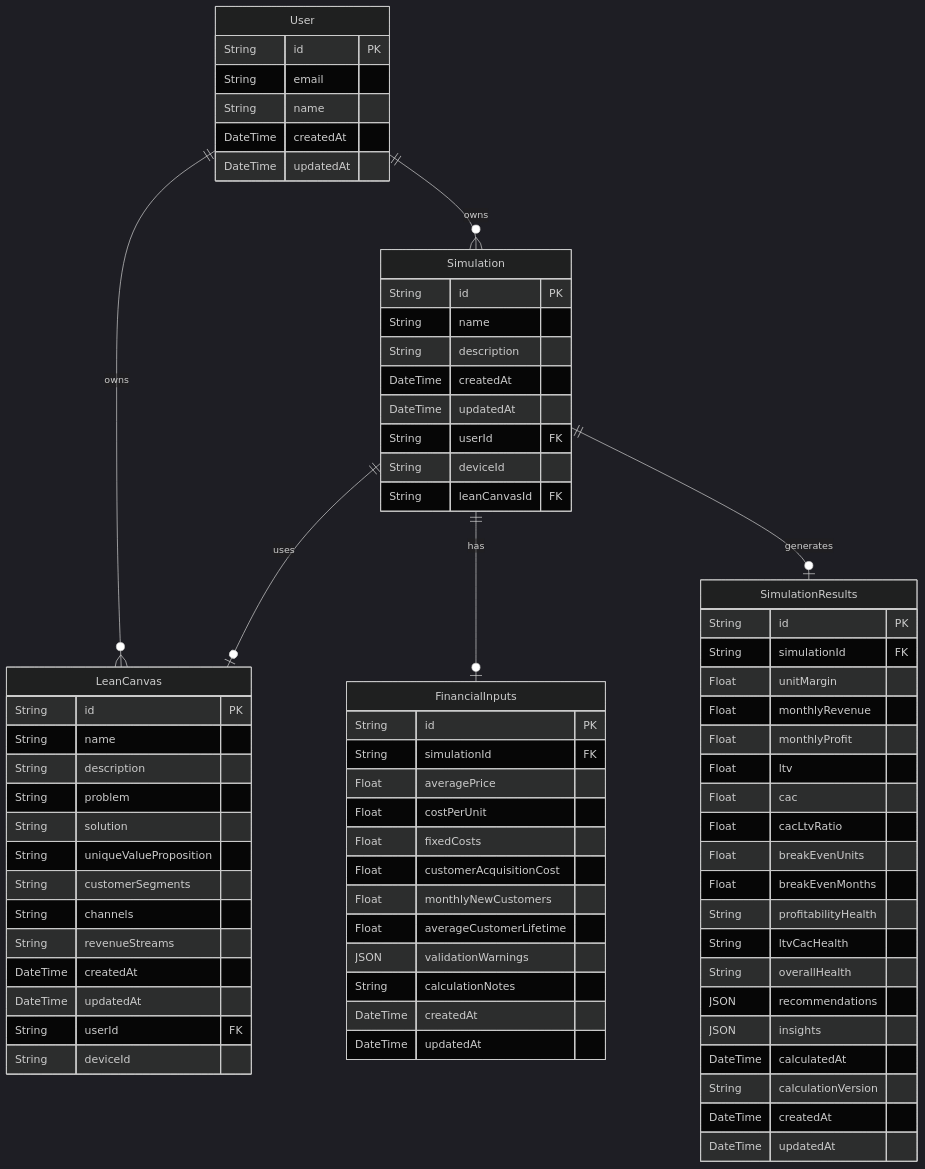
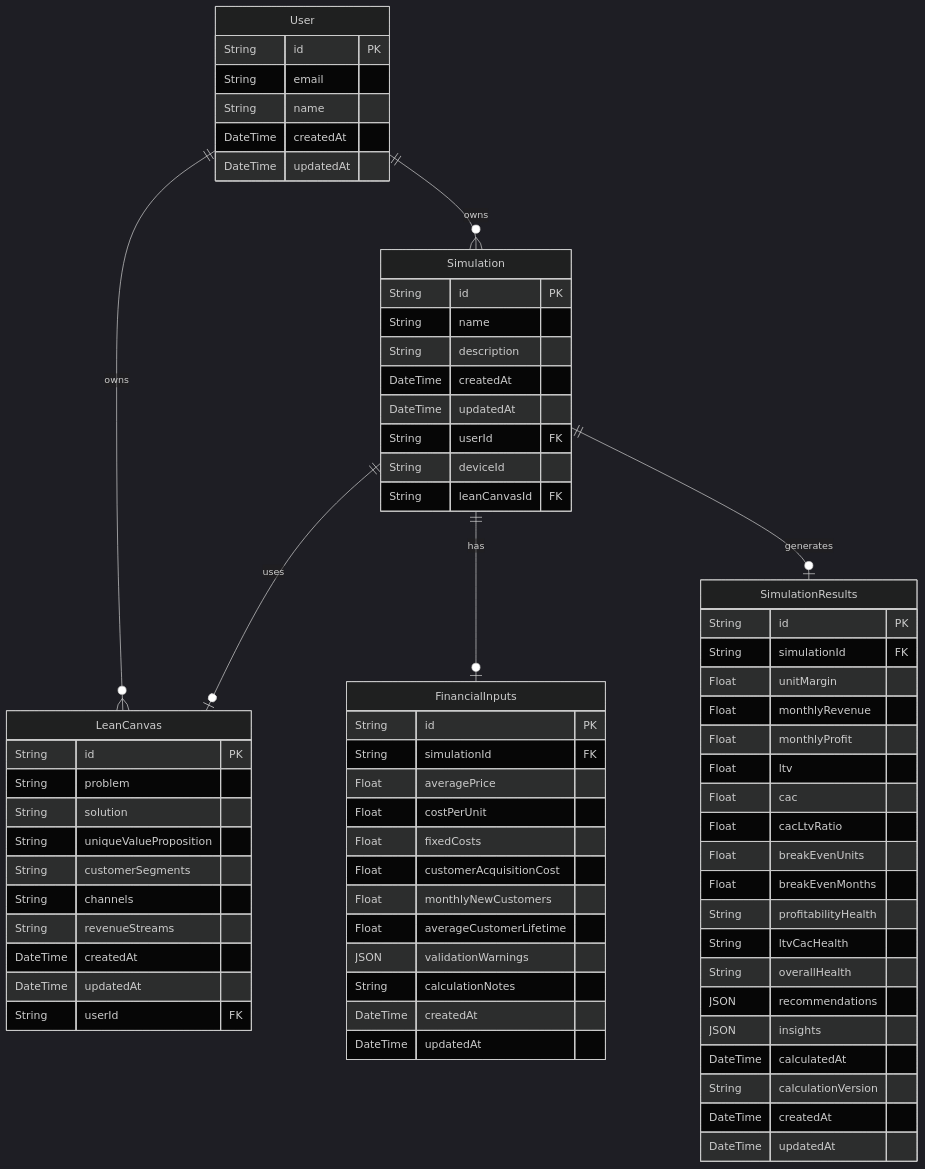
One commit to javiSBP/AI4Devs-finalproject changed the diagram in docs/technical/Data-Model.md. Above: the diagram before and after it, drawn with Mermaid (dark theme). The commit also changed other lines of this file, not shown here.

````diff
--- a/docs/technical/Data-Model.md
+++ b/docs/technical/Data-Model.md
@@ -17,81 +19,78 @@
 ```mermaid
 erDiagram
     User {
         String id PK
         String email
         String name
         DateTime createdAt
         DateTime updatedAt
     }
 
     Simulation {
         String id PK
         String name
         String description
         DateTime createdAt
         DateTime updatedAt
         String userId FK
         String deviceId
         String leanCanvasId FK
     }
 
     LeanCanvas {
         String id PK
-        String name
-        String description
         String problem
         String solution
         String uniqueValueProposition
         String customerSegments
         String channels
         String revenueStreams
         DateTime createdAt
         DateTime updatedAt
         String userId FK
-        String deviceId
     }
 
     FinancialInputs {
         String id PK
         String simulationId FK
         Float averagePrice
         Float costPerUnit
         Float fixedCosts
         Float customerAcquisitionCost
         Float monthlyNewCustomers
         Float averageCustomerLifetime
         JSON validationWarnings
         String calculationNotes
         DateTime createdAt
         DateTime updatedAt
     }
 
     SimulationResults {
         String id PK
         String simulationId FK
         Float unitMargin
         Float monthlyRevenue
         Float monthlyProfit
         Float ltv
         Float cac
         Float cacLtvRatio
         Float breakEvenUnits
         Float breakEvenMonths
         String profitabilityHealth
         String ltvCacHealth
         String overallHealth
         JSON recommendations
         JSON insights
         DateTime calculatedAt
         String calculationVersion
         DateTime createdAt
         DateTime updatedAt
     }
 
     User ||--o{ Simulation : "owns"
     User ||--o{ LeanCanvas : "owns"
     Simulation ||--o| LeanCanvas : "uses"
     Simulation ||--o| FinancialInputs : "has"
     Simulation ||--o| SimulationResults : "generates"
 
 ```
````
